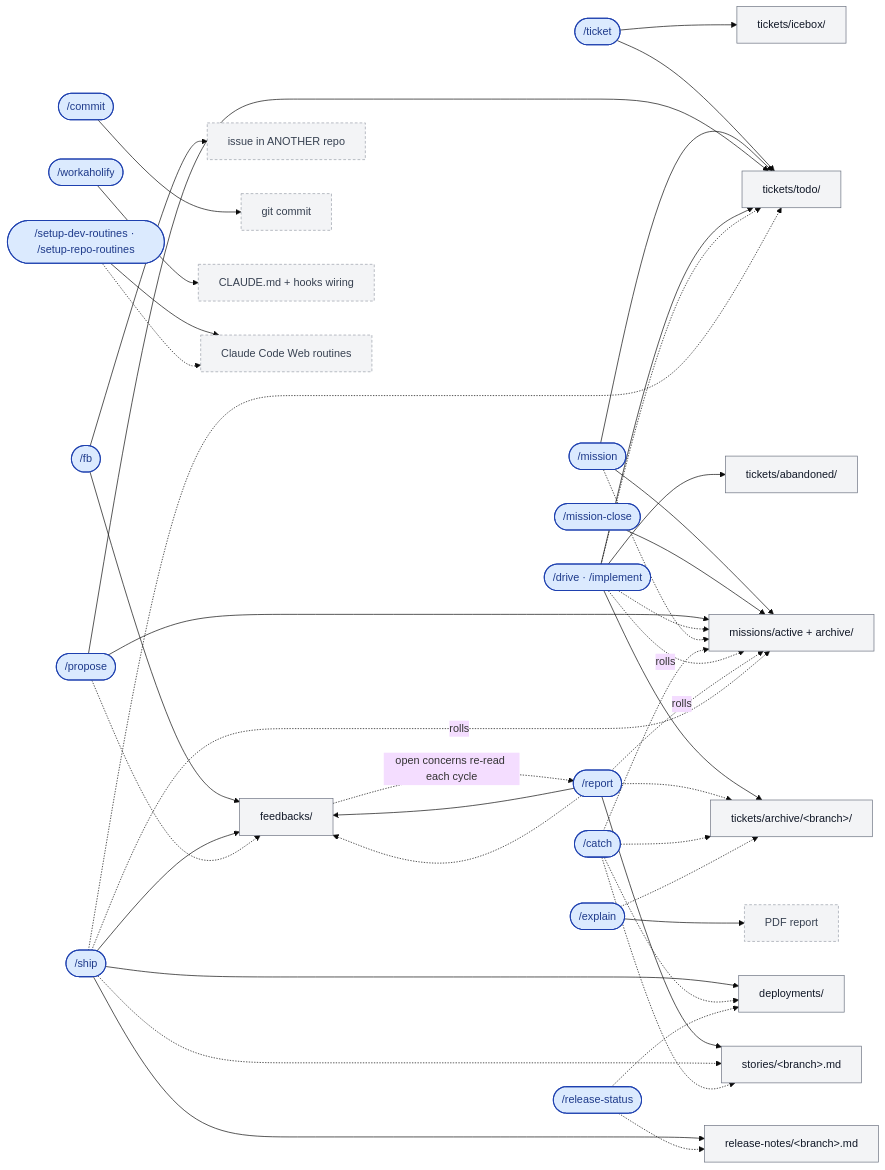
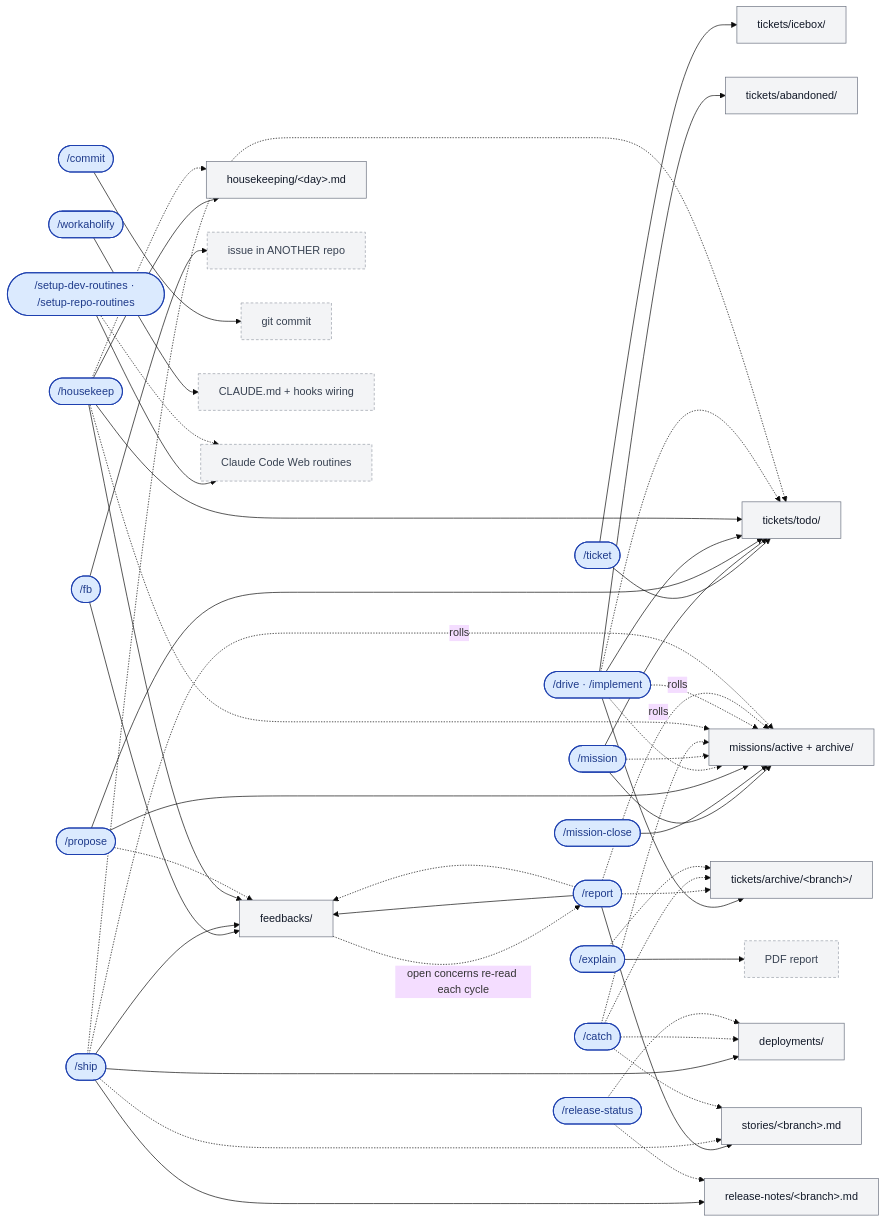
One commit to qmu/workaholic changed the fourth of 5 diagrams in README.md. Above: the diagram before and after it, drawn with Mermaid (base theme). The commit also changed other lines of this file and 18 other files, not shown here.

````diff
--- a/README.md
+++ b/README.md
@@ -313,6 +314,7 @@
   workaholify(["/workaholify"])
   setuproutines(["/setup-dev-routines · /setup-repo-routines"])
   releasestatus(["/release-status"])
+  housekeep(["/housekeep"])
 
   %% ---------- artifacts under .workaholic/ (grey) ----------
   TODO["tickets/todo/"]
@@ -324,6 +326,7 @@
   FBK["feedbacks/"]
   REL["release-notes/&lt;branch&gt;.md"]
   DEP["deployments/"]
+  HK["housekeeping/&lt;day&gt;.md"]
 
   %% ---------- artifacts that land outside .workaholic/ (grey, dashed border) ----------
   EXT["issue in ANOTHER repo"]
@@ -350,6 +353,9 @@
   ship --> REL
   ship --> FBK
   ship --> DEP
+  housekeep --> HK
+  housekeep --> FBK
+  housekeep --> TODO
   commit --> WT
   explain --> PDF
   workaholify --> CFG
@@ -370,6 +376,8 @@
   catch -.-> DEP
   explain -.-> ARCH
   setuproutines -.-> ROUT
+  housekeep -.-> MIS
+  housekeep -.-> HK
   releasestatus -.-> DEP
   releasestatus -.-> REL
 
@@ -385,7 +393,7 @@
   classDef cmd fill:#dbeafe,stroke:#1e40af,stroke-width:1.5px,color:#1e3a8a;
   classDef art fill:#f3f4f6,stroke:#6b7280,color:#111827;
   classDef ext fill:#f3f4f6,stroke:#9aa0aa,stroke-dasharray:4 3,color:#374151;
-  class ticket,mission,missionclose,propose,feedback,drive,report,ship,releasestatus,catch,commit,explain,workaholify,setuproutines cmd;
-  class TODO,ICE,ARCH,ABD,MIS,STORY,FBK,REL,DEP art;
+  class ticket,mission,missionclose,propose,feedback,drive,report,ship,releasestatus,housekeep,catch,commit,explain,workaholify,setuproutines cmd;
+  class TODO,ICE,ARCH,ABD,MIS,STORY,FBK,REL,DEP,HK art;
   class EXT,PDF,WT,CFG,ROUT ext;
 ```
````
